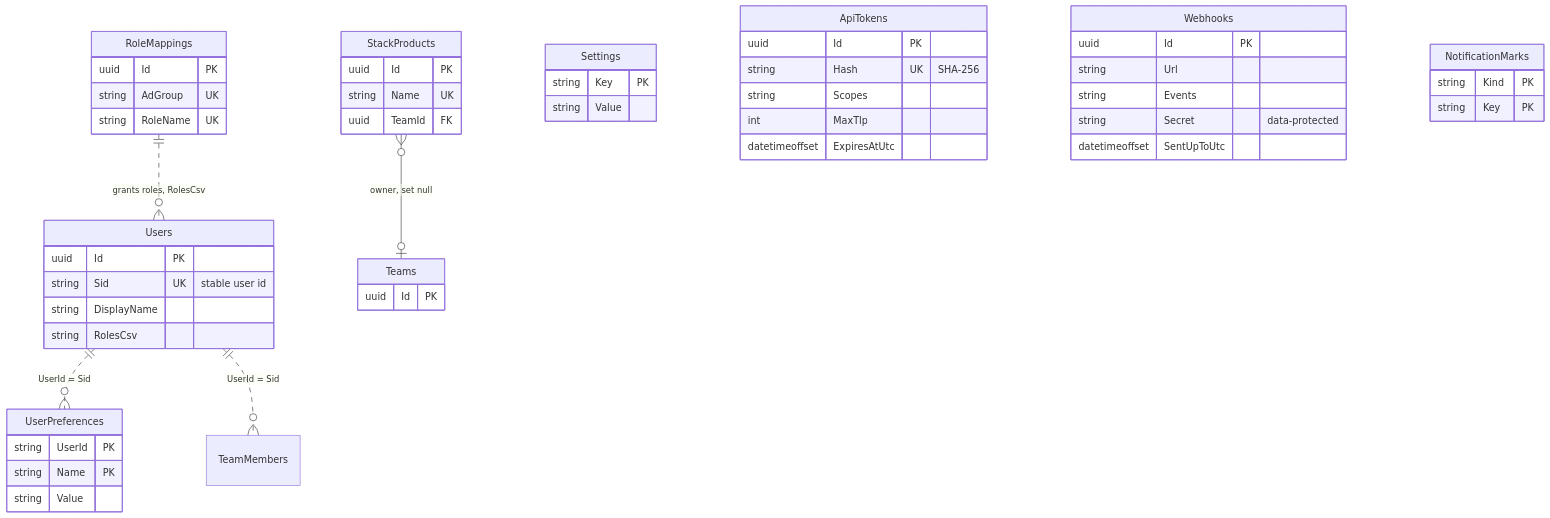
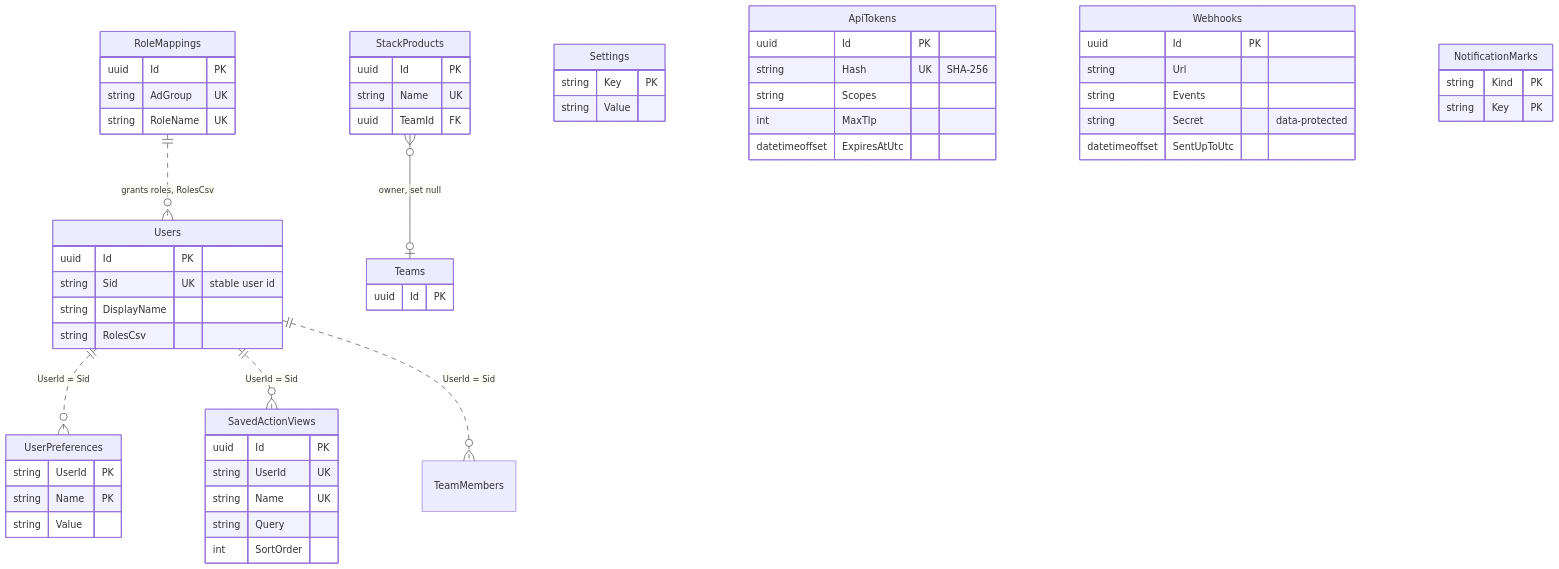
Before and after one commit to jashley92/Tide: the tenth of 12 diagrams in docs/architecture/data-model.md, drawn with Mermaid. The commit also changed other lines of this file and 21 other files, not shown here.

````diff
--- a/docs/architecture/data-model.md
+++ b/docs/architecture/data-model.md
@@ -504,54 +504,62 @@
 ```mermaid
 erDiagram
     Users ||..o{ UserPreferences : "UserId = Sid"
+    Users ||..o{ SavedActionViews : "UserId = Sid"
     Users ||..o{ TeamMembers : "UserId = Sid"
     RoleMappings ||..o{ Users : "grants roles, RolesCsv"
     StackProducts }o--o| Teams : "owner, set null"
 
     Users {
         uuid Id PK
         string Sid UK "stable user id"
         string DisplayName
         string RolesCsv
     }
     UserPreferences {
         string UserId PK
         string Name PK
         string Value
+    }
+    SavedActionViews {
+        uuid Id PK
+        string UserId UK
+        string Name UK
+        string Query
+        int SortOrder
     }
     RoleMappings {
         uuid Id PK
         string AdGroup UK
         string RoleName UK
     }
     Settings {
         string Key PK
         string Value
     }
     ApiTokens {
         uuid Id PK
         string Hash UK "SHA-256"
         string Scopes
         int MaxTlp
         datetimeoffset ExpiresAtUtc
     }
     Webhooks {
         uuid Id PK
         string Url
         string Events
         string Secret "data-protected"
         datetimeoffset SentUpToUtc
     }
     NotificationMarks {
         string Kind PK
         string Key PK
     }
     StackProducts {
         uuid Id PK
         string Name UK
         uuid TeamId FK
     }
     Teams {
         uuid Id PK
     }
 ```
````
